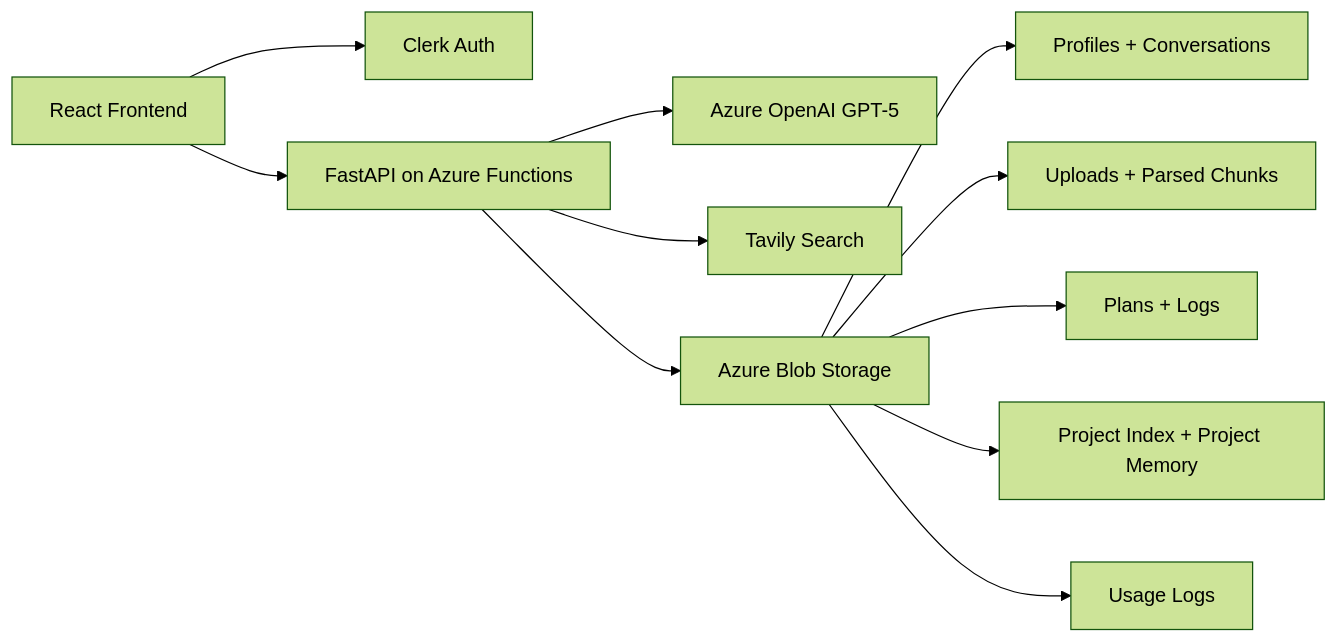
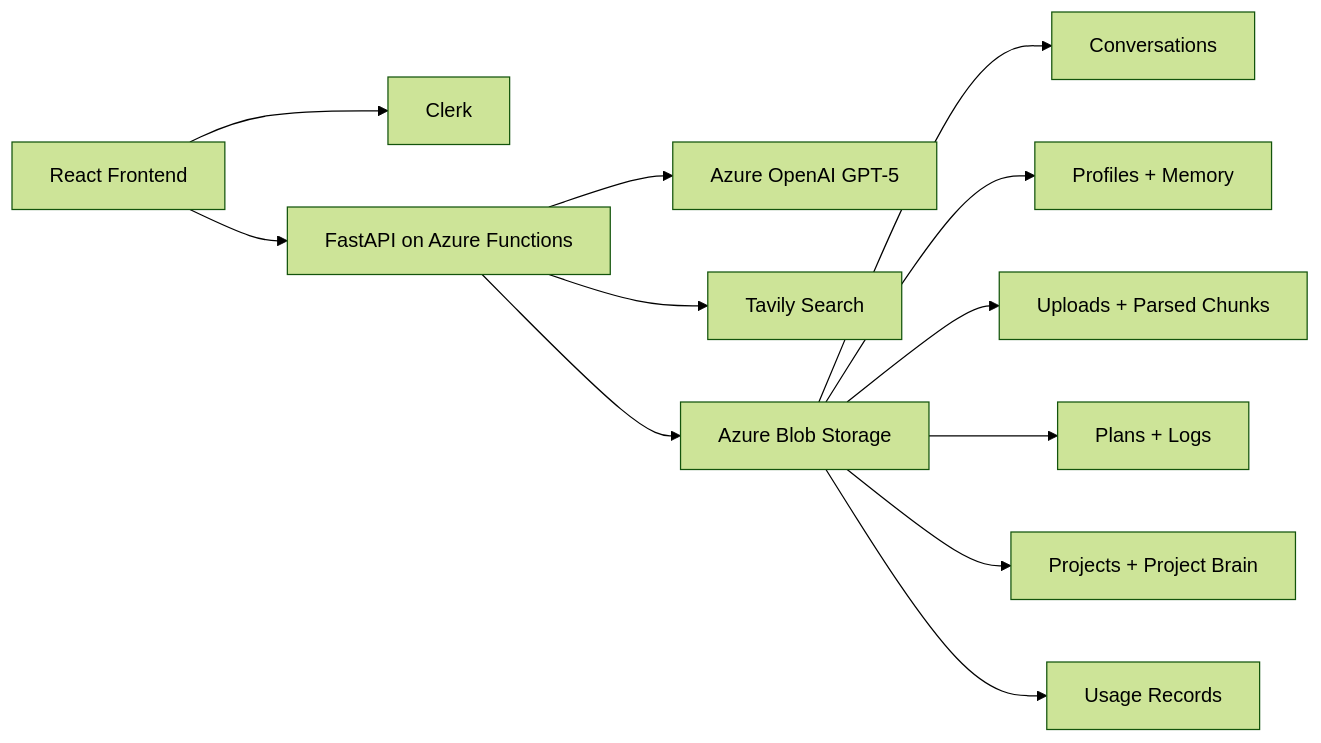
Before and after one commit to Hanan899/NeuralChat: the diagram in README.md, drawn with Mermaid (forest theme). The commit also changed other lines of this file and 13 other files, not shown here.

````diff
--- a/README.md
+++ b/README.md
@@ -58,14 +82,15 @@
 ```mermaid
 flowchart LR
-  UI[React Frontend] --> AUTH[Clerk Auth]
+  UI[React Frontend] --> AUTH[Clerk]
   UI --> API[FastAPI on Azure Functions]
   API --> AOAI[Azure OpenAI GPT-5]
   API --> TAVILY[Tavily Search]
   API --> BLOB[Azure Blob Storage]
 
-  BLOB --> MEM[Profiles + Conversations]
+  BLOB --> CONV[Conversations]
+  BLOB --> PROFILE[Profiles + Memory]
   BLOB --> FILES[Uploads + Parsed Chunks]
   BLOB --> AGENTS[Plans + Logs]
-  BLOB --> PROJECTS[Project Index + Project Memory]
-  BLOB --> USAGE[Usage Logs]
+  BLOB --> PROJECTS[Projects + Project Brain]
+  BLOB --> USAGE[Usage Records]
 ```
````
